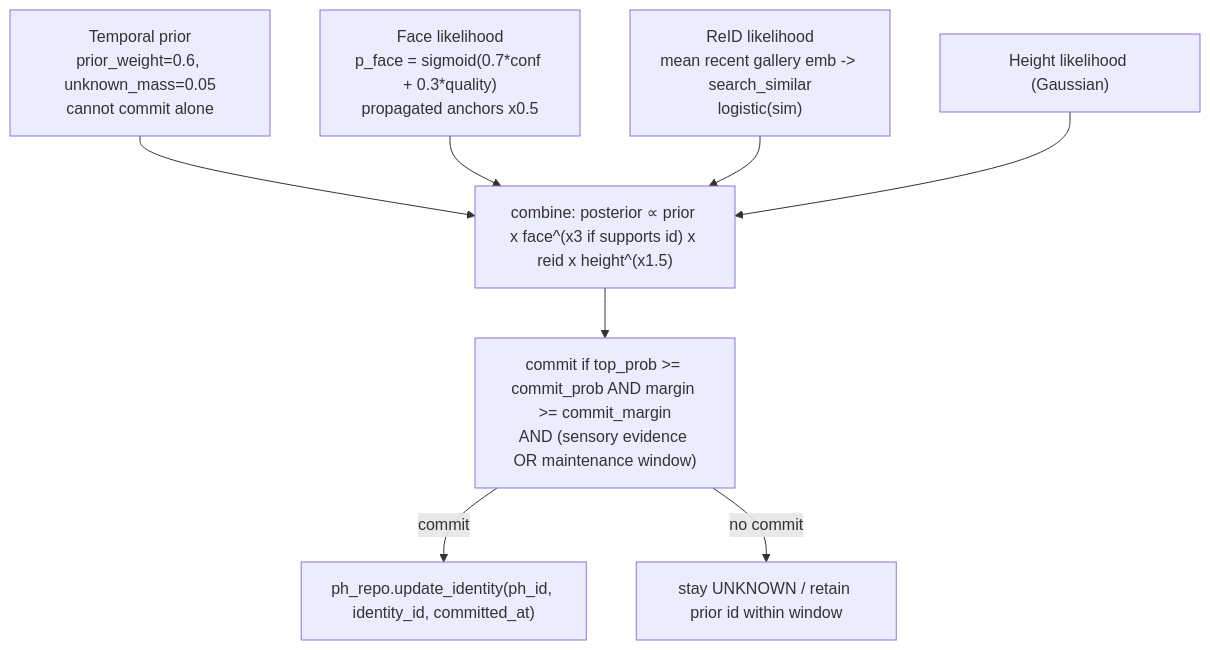
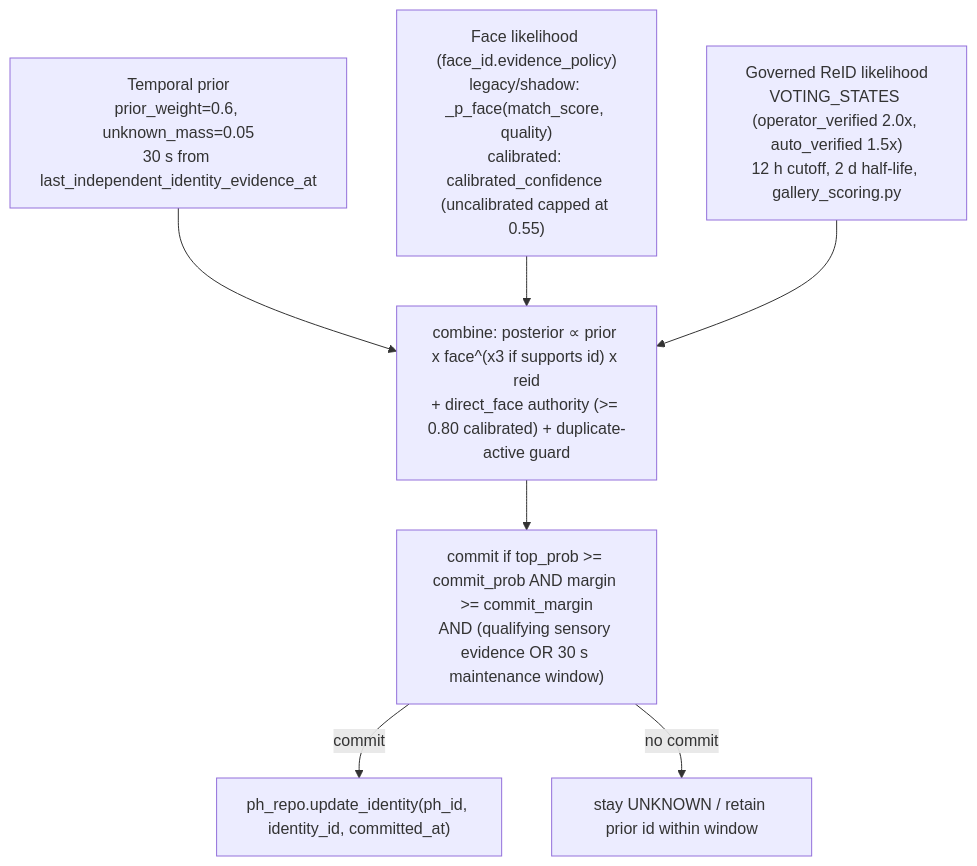
One commit to SilverMind-Project/continuous-tracking changed the third of 5 diagrams in docs/systems-architecture.md. Above: the diagram before and after it, drawn with Mermaid. The commit also changed other lines of this file and 6 other files, not shown here.

````diff
--- a/docs/systems-architecture.md
+++ b/docs/systems-architecture.md
@@ -54,11 +55,10 @@
 ```mermaid
 flowchart TD
-  prior["Temporal prior\nprior_weight=0.6, unknown_mass=0.05\ncannot commit alone"] --> comb
-  face["Face likelihood\np_face = sigmoid(0.7*conf + 0.3*quality)\npropagated anchors x0.5"] --> comb
-  reid["ReID likelihood\nmean recent gallery emb -> search_similar\nlogistic(sim)"] --> comb
-  height["Height likelihood (Gaussian)"] --> comb
-  comb["combine: posterior ∝ prior x face^(x3 if supports id) x reid x height^(x1.5)"] --> commit
-  commit["commit if top_prob >= commit_prob AND margin >= commit_margin\nAND (sensory evidence OR maintenance window)"]
+  prior["Temporal prior\nprior_weight=0.6, unknown_mass=0.05\n30 s from last_independent_identity_evidence_at"] --> comb
+  face["Face likelihood (face_id.evidence_policy)\nlegacy/shadow: _p_face(match_score, quality)\ncalibrated: calibrated_confidence (uncalibrated capped at 0.55)"] --> comb
+  reid["Governed ReID likelihood\nVOTING_STATES (operator_verified 2.0x, auto_verified 1.5x)\n12 h cutoff, 2 d half-life, gallery_scoring.py"] --> comb
+  comb["combine: posterior ∝ prior x face^(x3 if supports id) x reid\n+ direct_face authority (>= 0.80 calibrated) + duplicate-active guard"] --> commit
+  commit["commit if top_prob >= commit_prob AND margin >= commit_margin\nAND (qualifying sensory evidence OR 30 s maintenance window)"]
   commit -->|commit| set["ph_repo.update_identity(ph_id, identity_id, committed_at)"]
   commit -->|no commit| unk["stay UNKNOWN / retain prior id within window"]
 ```
````
